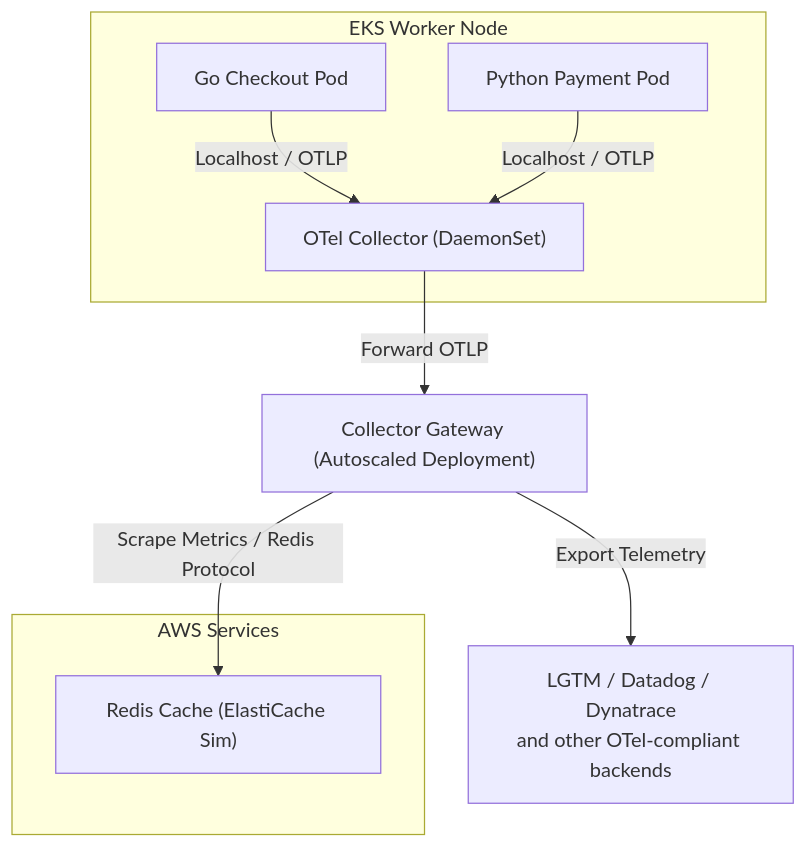
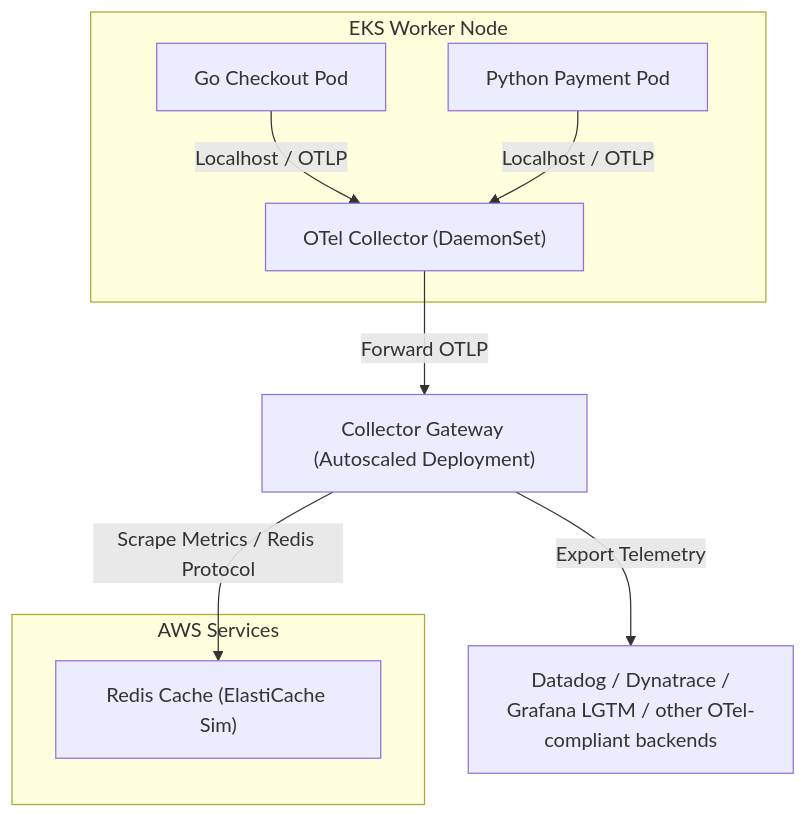
Before and after one commit to ok-karthik/eks-otel-observability-sandbox: the diagram in README.md, drawn with Mermaid. The commit also changed 1 other file, not shown here.

Commit message:
docs: update architecture diagram and ignore Terraform state files in gitignore

````diff
--- a/README.md
+++ b/README.md
@@ -17,16 +17,15 @@
 ```mermaid
 graph TD
     subgraph EKSNode["EKS Worker Node"]
         GoPod["Go Checkout Pod"] -->|Localhost / OTLP| NodeAgent["OTel Collector (DaemonSet)"]
         PyPod["Python Payment Pod"] -->|Localhost / OTLP| NodeAgent
     end
-    
-    NodeAgent -->|Forward OTLP| CollectorGateway["Collector Gateway (Autoscaled Deployment)"]
-    
+
     subgraph AWSServices["AWS Services"]
         RedisPod["Redis Cache (ElastiCache Sim)"]
     end
-
+    
+    NodeAgent -->|Forward OTLP| CollectorGateway["Collector Gateway (Autoscaled Deployment)"]
     CollectorGateway -->|Scrape Metrics / Redis Protocol| RedisPod
-    CollectorGateway -->|Export Telemetry| Backends["LGTM / Datadog / Dynatrace<br/>and other OTel-compliant backends"]
+    CollectorGateway -->|Export Telemetry| Backends["Datadog / Dynatrace /<br/>Grafana LGTM / other OTel-compliant backends"]
 ```
````
